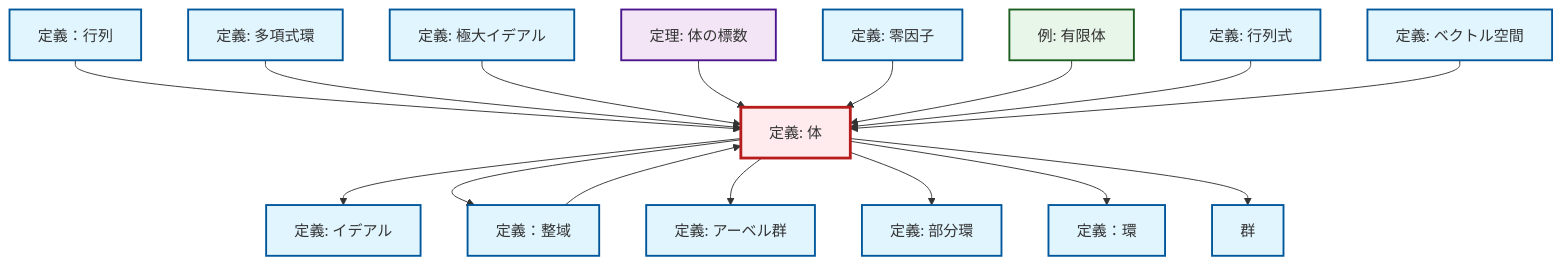
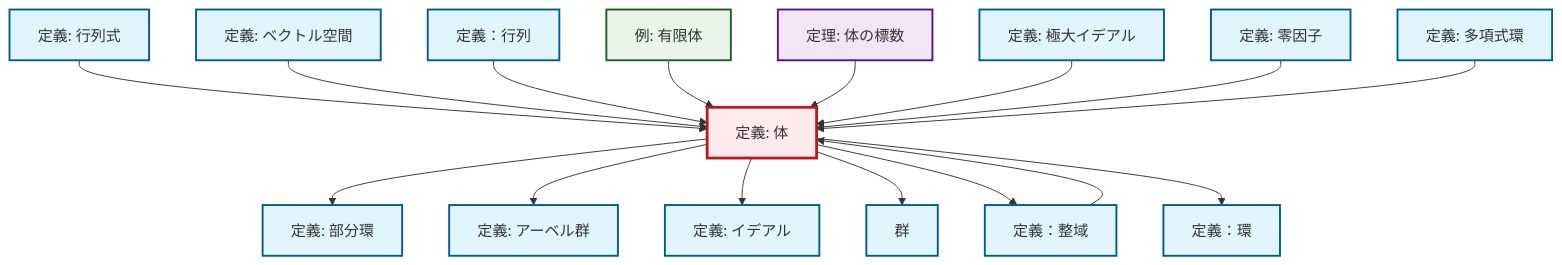
The diagram in content/ja/algebra/def-field.qmd (RK0429/ModernMath), drawn with Mermaid before and after one commit. The commit also changed other lines of this file and 1012 other files, not shown here.

````diff
--- a/content/ja/algebra/def-field.qmd
+++ b/content/ja/algebra/def-field.qmd
@@ -60,54 +60,54 @@
 ```{mermaid}
 %%| fig-cap: "Local dependency graph"
 graph TD
     classDef definition fill:#e1f5fe,stroke:#01579b,stroke-width:2px
     classDef theorem fill:#f3e5f5,stroke:#4a148c,stroke-width:2px
     classDef axiom fill:#fff3e0,stroke:#e65100,stroke-width:2px
     classDef example fill:#e8f5e9,stroke:#1b5e20,stroke-width:2px
     classDef current fill:#ffebee,stroke:#b71c1c,stroke-width:3px
-    def-zero-divisor["定義: 零因子"]:::definition
-    def-determinant["定義: 行列式"]:::definition
-    def-ideal["定義: イデアル"]:::definition
+    def-polynomial-ring["定義: 多項式環"]:::definition
+    def-field["定義: 体"]:::definition
+    def-ring["定義：環"]:::definition
+    def-subring["定義: 部分環"]:::definition
+    def-vector-space["定義: ベクトル空間"]:::definition
     def-maximal-ideal["定義: 極大イデアル"]:::definition
-    def-polynomial-ring["定義: 多項式環"]:::definition
-    def-vector-space["定義: ベクトル空間"]:::definition
-    def-field["定義: 体"]:::definition
-    def-matrix["定義：行列"]:::definition
-    def-integral-domain["定義：整域"]:::definition
-    def-ring["定義：環"]:::definition
-    def-abelian-group["定義: アーベル群"]:::definition
     thm-field-characteristic["定理: 体の標数"]:::theorem
     ex-finite-field["例: 有限体"]:::example
-    def-subring["定義: 部分環"]:::definition
+    def-abelian-group["定義: アーベル群"]:::definition
+    def-matrix["定義：行列"]:::definition
+    def-determinant["定義: 行列式"]:::definition
+    def-integral-domain["定義：整域"]:::definition
+    def-ideal["定義: イデアル"]:::definition
     def-group["群"]:::definition
-    def-field --> def-ideal
-    def-field --> def-integral-domain
+    def-zero-divisor["定義: 零因子"]:::definition
+    def-determinant --> def-field
+    def-vector-space --> def-field
     def-matrix --> def-field
-    def-polynomial-ring --> def-field
-    def-field --> def-abelian-group
-    def-maximal-ideal --> def-field
-    thm-field-characteristic --> def-field
-    def-zero-divisor --> def-field
     ex-finite-field --> def-field
     def-field --> def-subring
+    thm-field-characteristic --> def-field
+    def-maximal-ideal --> def-field
+    def-field --> def-abelian-group
+    def-zero-divisor --> def-field
+    def-polynomial-ring --> def-field
+    def-field --> def-ideal
+    def-field --> def-group
     def-integral-domain --> def-field
-    def-determinant --> def-field
-    def-vector-space --> def-field
+    def-field --> def-integral-domain
     def-field --> def-ring
-    def-field --> def-group
     class def-field current
-    click def-zero-divisor "def-zero-divisor.html" "零因子の定義へ"
-    click def-determinant "def-determinant.html" "行列式の定義へ"
-    click def-ideal "def-ideal.html" "イデアルの定義へ"
+    click def-polynomial-ring "def-polynomial-ring.html" "多項式環の定義へ"
+    click def-ring "def-ring.html" "定義：環へ"
+    click def-subring "def-subring.html" "部分環の定義へ"
+    click def-vector-space "def-vector-space.html" "ベクトル空間の定義へ"
     click def-maximal-ideal "def-maximal-ideal.html" "極大イデアルの定義へ"
-    click def-polynomial-ring "def-polynomial-ring.html" "多項式環の定義へ"
-    click def-vector-space "def-vector-space.html" "ベクトル空間の定義へ"
-    click def-matrix "def-matrix.html" "定義：行列へ"
-    click def-integral-domain "def-integral-domain.html" "定義：整域へ"
-    click def-ring "def-ring.html" "定義：環へ"
-    click def-abelian-group "def-abelian-group.html" "アーベル群の定義へ"
     click thm-field-characteristic "thm-field-characteristic.html" "体の標数の定理へ"
     click ex-finite-field "ex-finite-field.html" "有限体の例へ"
-    click def-subring "def-subring.html" "部分環の定義へ"
+    click def-abelian-group "def-abelian-group.html" "アーベル群の定義へ"
+    click def-matrix "def-matrix.html" "定義：行列へ"
+    click def-determinant "def-determinant.html" "行列式の定義へ"
+    click def-integral-domain "def-integral-domain.html" "定義：整域へ"
+    click def-ideal "def-ideal.html" "イデアルの定義へ"
     click def-group "def-group.html" "群へ"
+    click def-zero-divisor "def-zero-divisor.html" "零因子の定義へ"
 ```
````
